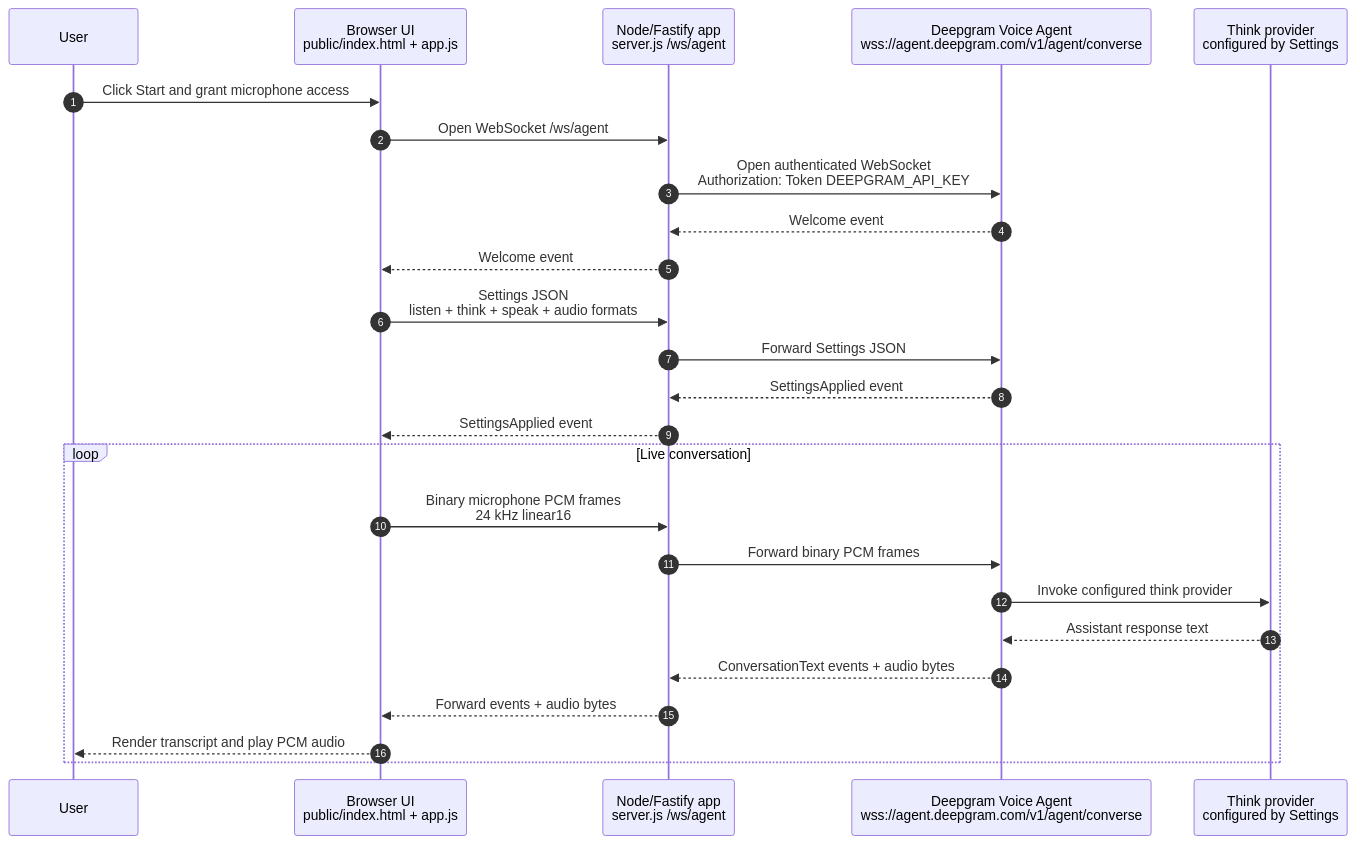
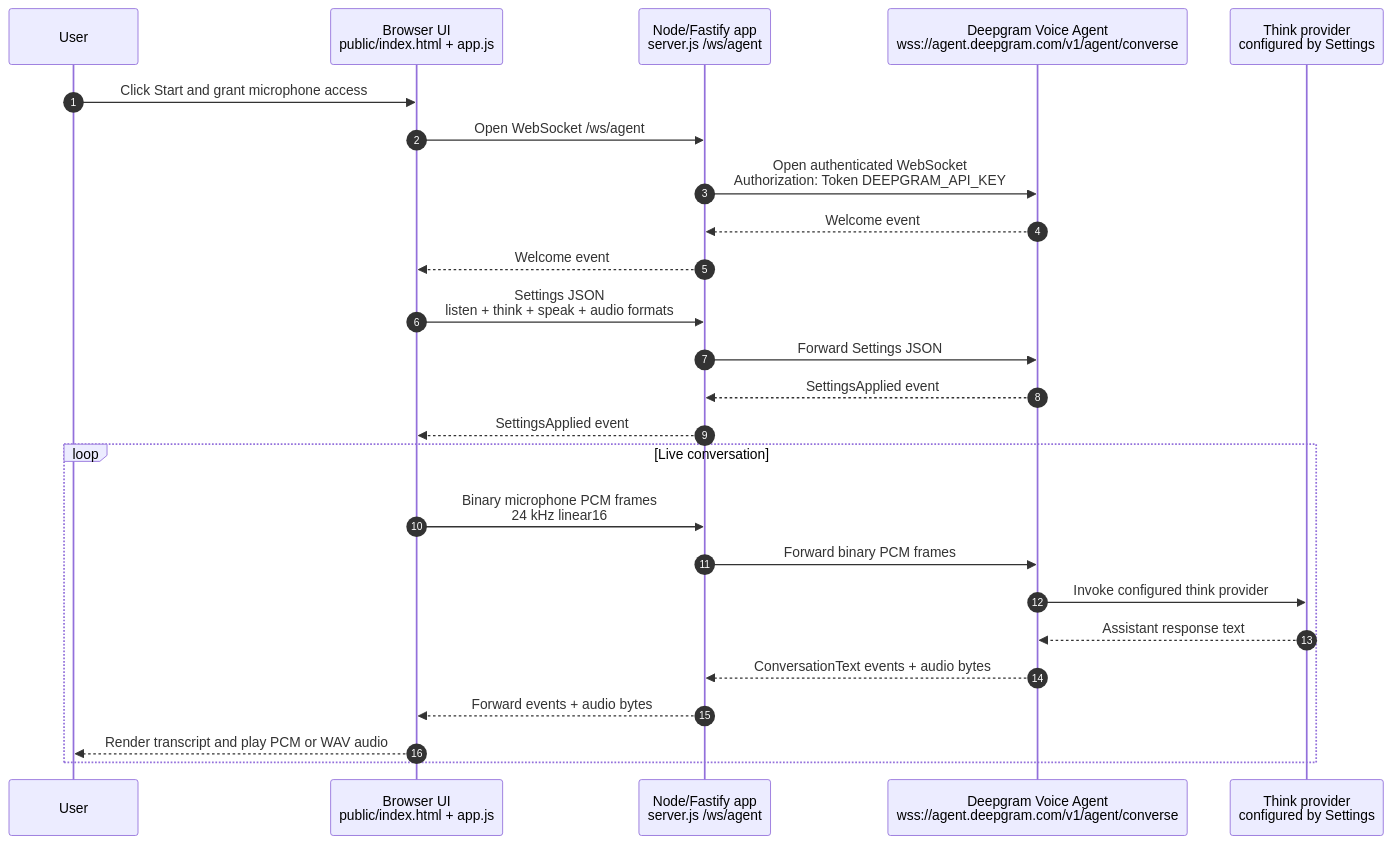
One commit to email362/voice-agent changed the diagram in README.md. Above: the diagram before and after it, drawn with Mermaid. The commit also changed other lines of this file and 1 other file, not shown here.

Commit message:
no-mistakes(document): Documented RVC and mic flow changes

````diff
--- a/README.md
+++ b/README.md
@@ -7,28 +7,28 @@
 ```mermaid
 sequenceDiagram
     autonumber
     participant User
     participant Browser as Browser UI<br/>public/index.html + app.js
     participant Proxy as Node/Fastify app<br/>server.js /ws/agent
     participant Deepgram as Deepgram Voice Agent<br/>wss://agent.deepgram.com/v1/agent/converse
     participant LLM as Think provider<br/>configured by Settings
 
     User->>Browser: Click Start and grant microphone access
     Browser->>Proxy: Open WebSocket /ws/agent
     Proxy->>Deepgram: Open authenticated WebSocket<br/>Authorization: Token DEEPGRAM_API_KEY
     Deepgram-->>Proxy: Welcome event
     Proxy-->>Browser: Welcome event
     Browser->>Proxy: Settings JSON<br/>listen + think + speak + audio formats
     Proxy->>Deepgram: Forward Settings JSON
     Deepgram-->>Proxy: SettingsApplied event
     Proxy-->>Browser: SettingsApplied event
     loop Live conversation
         Browser->>Proxy: Binary microphone PCM frames<br/>24 kHz linear16
         Proxy->>Deepgram: Forward binary PCM frames
         Deepgram->>LLM: Invoke configured think provider
         LLM-->>Deepgram: Assistant response text
         Deepgram-->>Proxy: ConversationText events + audio bytes
         Proxy-->>Browser: Forward events + audio bytes
-        Browser-->>User: Render transcript and play PCM audio
+    Browser-->>User: Render transcript and play PCM or WAV audio
     end
 ```
````
